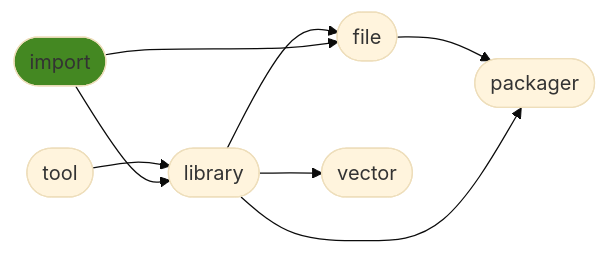
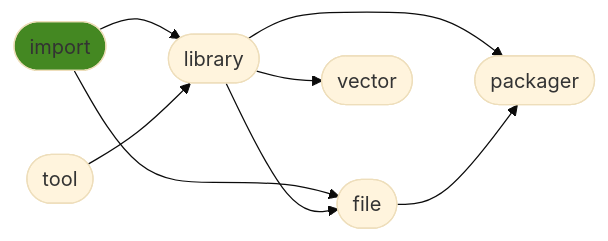
Before and after one commit to ManderaGeneral/generalimport: the diagram in README.md, drawn with Mermaid (base theme). The commit also changed other lines of this file, not shown here.

````diff
--- a/README.md
+++ b/README.md
@@ -28,17 +28,17 @@
 ```mermaid
 flowchart LR
-3([file]) --> 5([packager])
-2([library]) --> 3([file])
-1([tool]) --> 2([library])
 2([library]) --> 5([packager])
+0([import]) --> 3([file])
 2([library]) --> 4([vector])
 0([import]) --> 2([library])
-0([import]) --> 3([file])
+1([tool]) --> 2([library])
+2([library]) --> 3([file])
+3([file]) --> 5([packager])
 click 0 "https://github.com/ManderaGeneral/generalimport"
 click 1 "https://github.com/ManderaGeneral/generaltool"
 click 2 "https://github.com/ManderaGeneral/generallibrary"
 click 3 "https://github.com/ManderaGeneral/generalfile"
 click 4 "https://github.com/ManderaGeneral/generalvector"
 click 5 "https://github.com/ManderaGeneral/generalpackager"
 style 0 fill:#482
 ```
````
